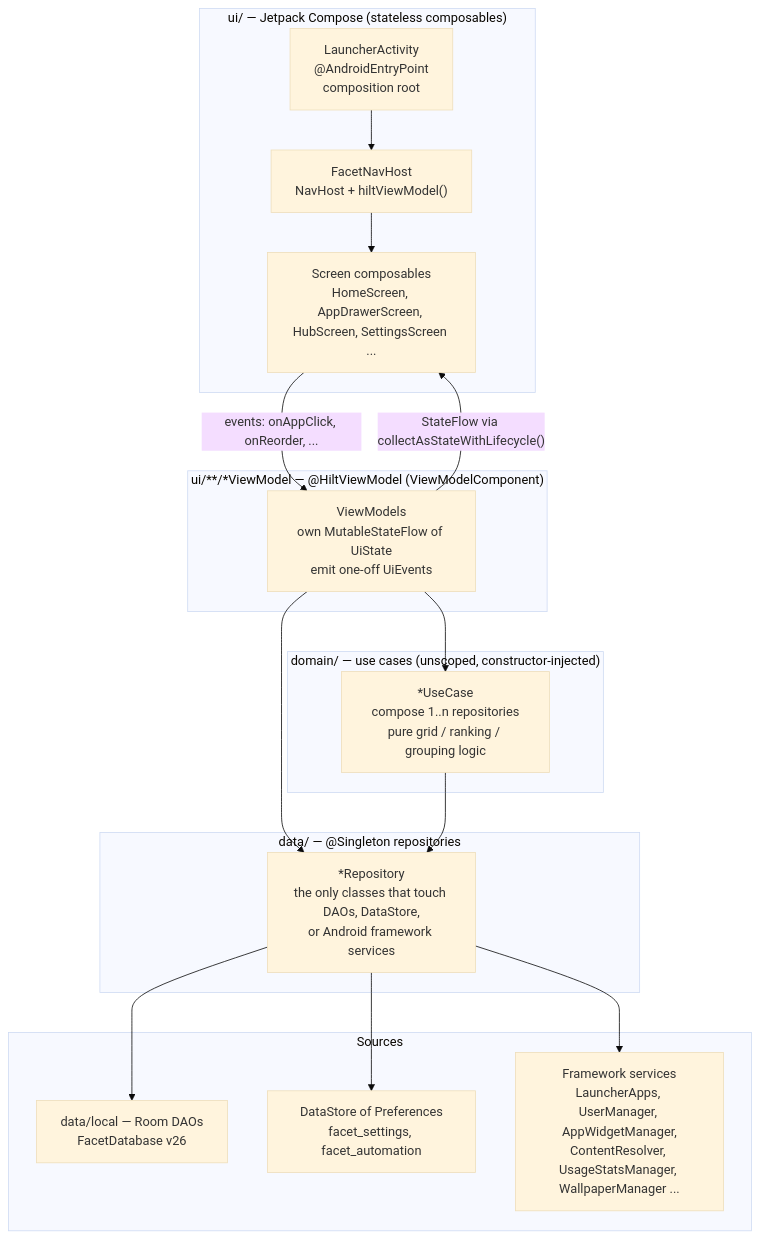
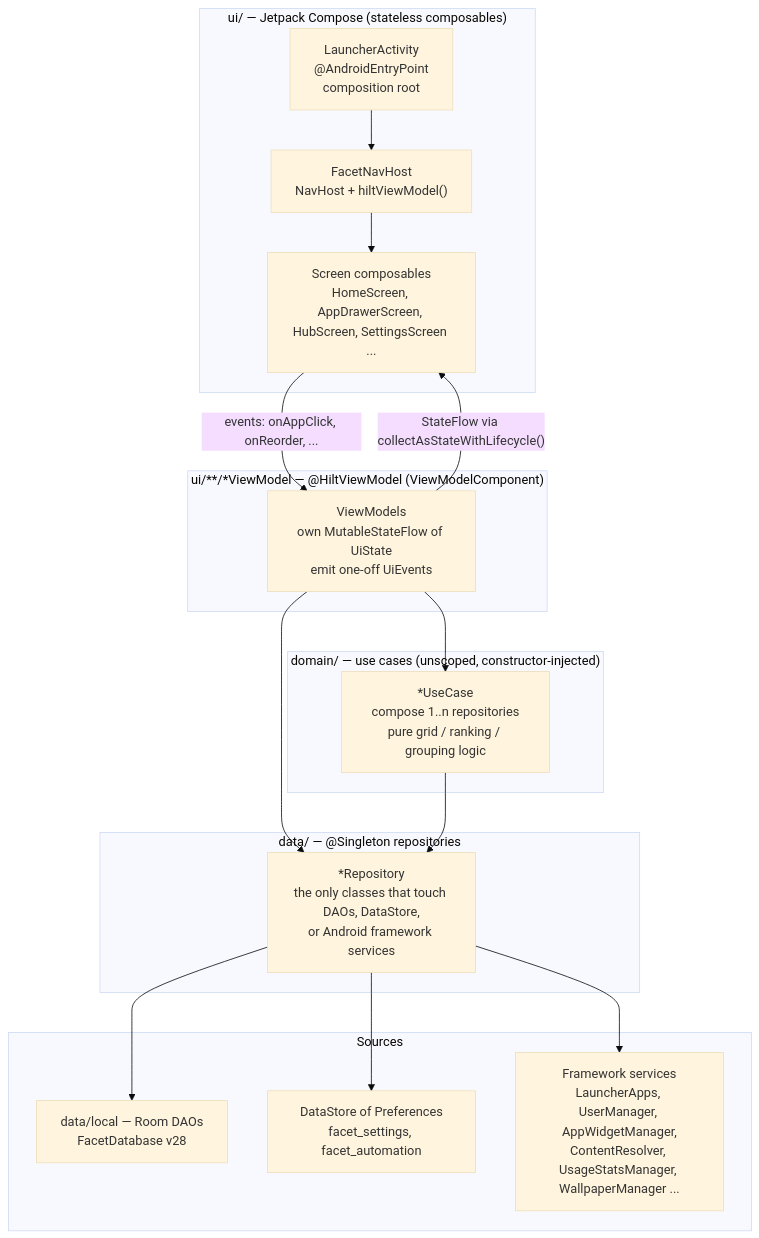
One commit to rohitganjam/facet-launcher changed the first of 3 diagrams in docs/architecture/01-architecture-and-layers.md. Above: the diagram before and after it, drawn with Mermaid (base theme). The commit also changed other lines of this file and 78 other files, not shown here.

First line of the commit message:
Fold the eight Dock/Favorites tables into app_placements and folder_placements (schema v28)

````diff
--- a/docs/architecture/01-architecture-and-layers.md
+++ b/docs/architecture/01-architecture-and-layers.md
@@ -8,36 +8,36 @@
 ```mermaid
 flowchart TB
     subgraph UI["ui/ — Jetpack Compose (stateless composables)"]
         ACT["LauncherActivity\n@AndroidEntryPoint\ncomposition root"]
         NAV["FacetNavHost\nNavHost + hiltViewModel()"]
         SCR["Screen composables\nHomeScreen, AppDrawerScreen, HubScreen, SettingsScreen ..."]
         ACT --> NAV --> SCR
     end
 
     subgraph VM["ui/**/*ViewModel — @HiltViewModel (ViewModelComponent)"]
         VMS["ViewModels\nown MutableStateFlow of UiState\nemit one-off UiEvents"]
     end
 
     subgraph DOM["domain/ — use cases (unscoped, constructor-injected)"]
         UC["*UseCase\ncompose 1..n repositories\npure grid / ranking / grouping logic"]
     end
 
     subgraph DATA["data/ — @Singleton repositories"]
         REPO["*Repository\nthe only classes that touch DAOs, DataStore,\nor Android framework services"]
     end
 
     subgraph SRC["Sources"]
-        DAO["data/local — Room DAOs\nFacetDatabase v26"]
+        DAO["data/local — Room DAOs\nFacetDatabase v28"]
         DS["DataStore of Preferences\nfacet_settings, facet_automation"]
         FW["Framework services\nLauncherApps, UserManager, AppWidgetManager,\nContentResolver, UsageStatsManager, WallpaperManager ..."]
     end
 
     SCR -- "events: onAppClick, onReorder, ..." --> VMS
     VMS -- "StateFlow via collectAsStateWithLifecycle()" --> SCR
     VMS --> UC
     VMS --> REPO
     UC --> REPO
     REPO --> DAO
     REPO --> DS
     REPO --> FW
 ```
````
